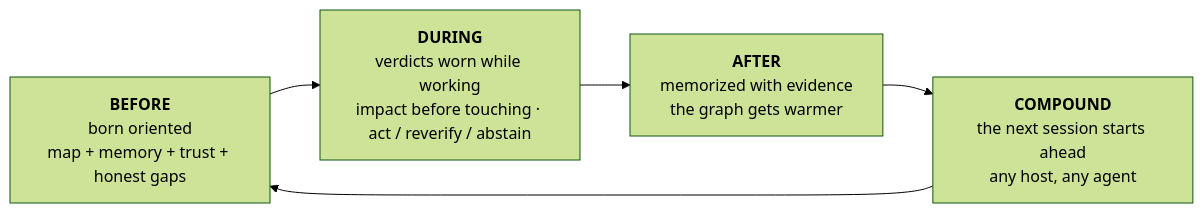
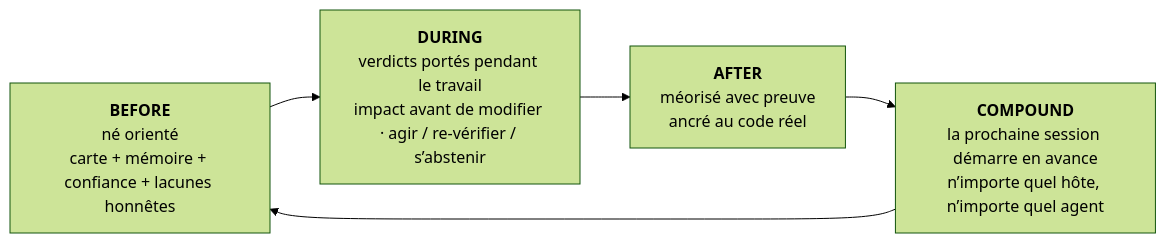
The diagram in i18n/README.fr.md (maxkle1nz/m1nd), drawn with Mermaid (forest theme) before and after one commit. The commit also changed other lines of this file and 6 other files, not shown here.

````diff
--- a/i18n/README.fr.md
+++ b/i18n/README.fr.md
@@ -86,8 +105,8 @@
 ```mermaid
 flowchart LR
-    B["<b>BEFORE</b><br/>born oriented<br/>map + memory + trust + honest gaps"]
-    D["<b>DURING</b><br/>verdicts worn while working<br/>impact before touching · act / reverify / abstain"]
-    A["<b>AFTER</b><br/>memorized with evidence<br/>the graph gets warmer"]
-    C["<b>COMPOUND</b><br/>the next session starts ahead<br/>any host, any agent"]
+    B["<b>BEFORE</b><br/>né orienté<br/>carte + mémoire + confiance + lacunes honnêtes"]
+    D["<b>DURING</b><br/>verdicts portés pendant le travail<br/>impact avant de modifier · agir / re-vérifier / s’abstenir"]
+    A["<b>AFTER</b><br/>méorisé avec preuve<br/>ancré au code réel"]
+    C["<b>COMPOUND</b><br/>la prochaine session démarre en avance<br/>n’importe quel hôte, n’importe quel agent"]
     B --> D --> A --> C --> B
 ```
````
